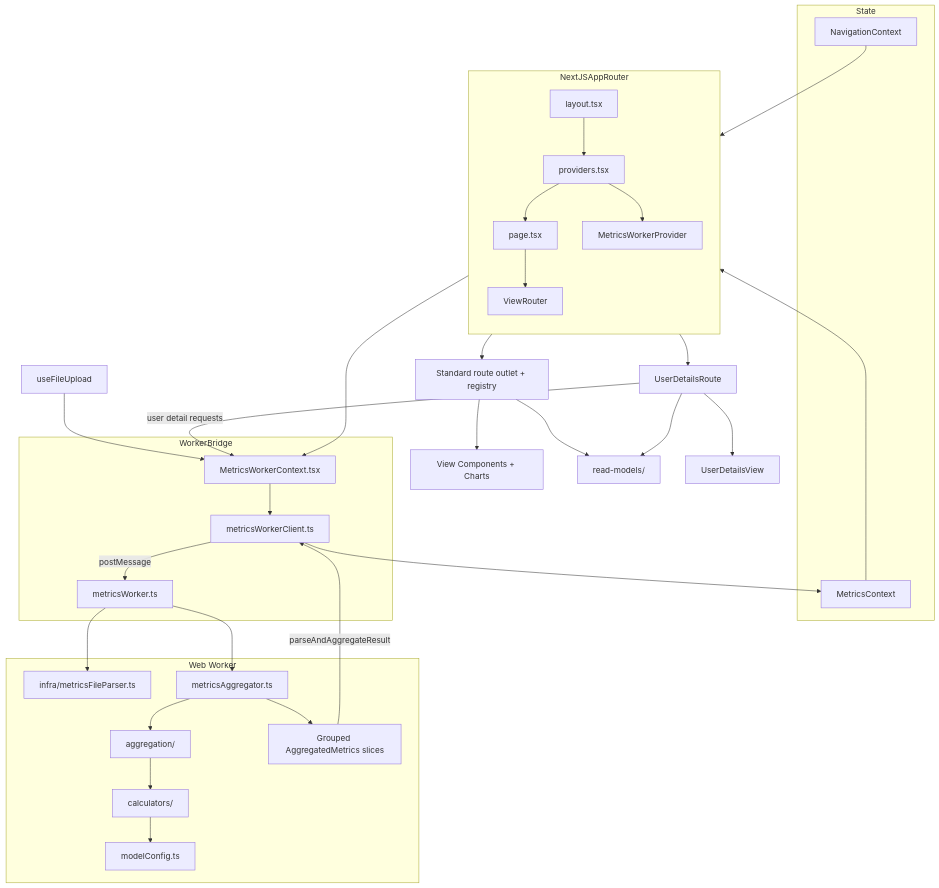
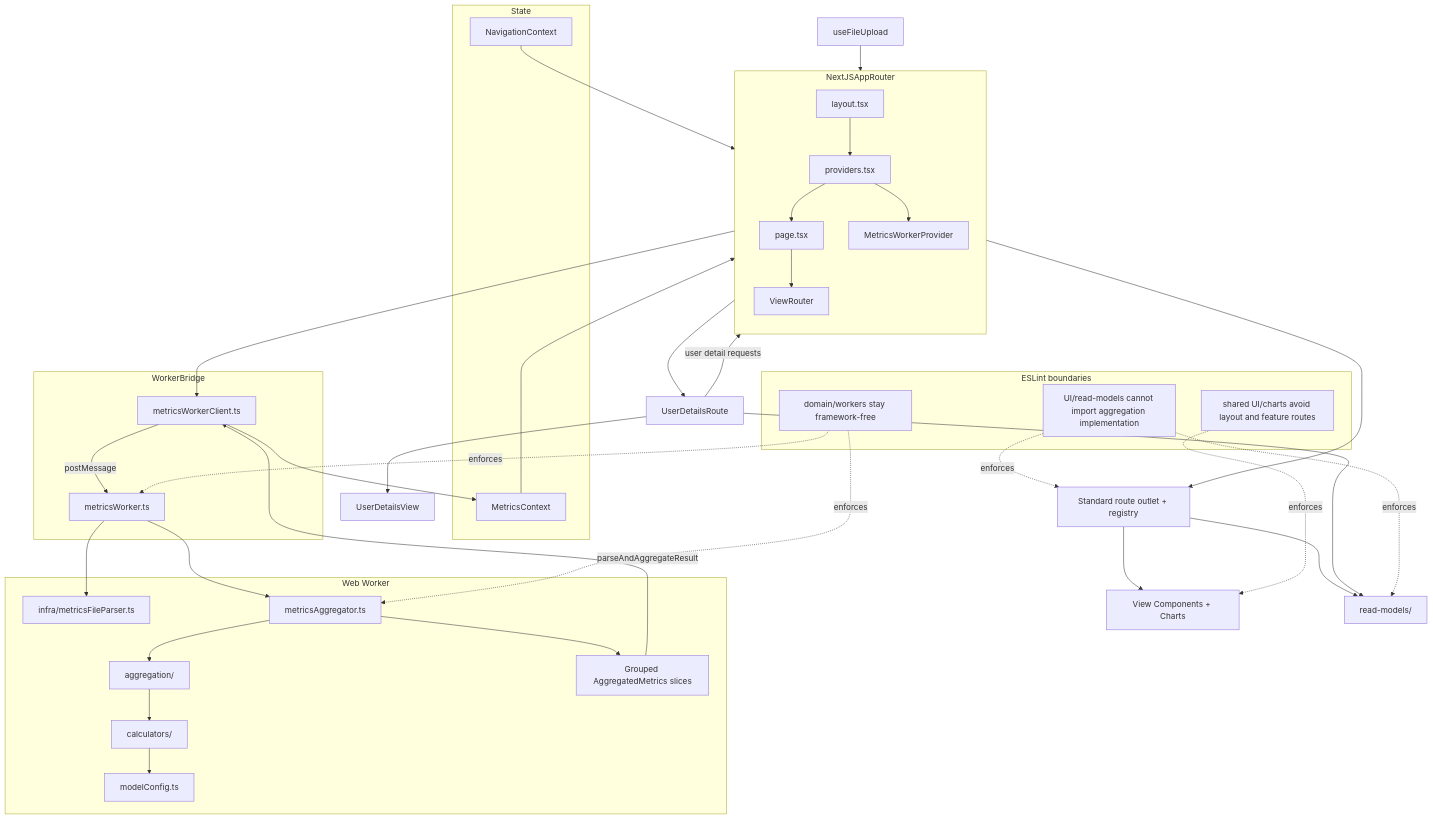
The second of 2 diagrams in docs/project-overview.md (asizikov-demos/copilot-user-level-statistics-viewer), drawn with Mermaid before and after one commit. The commit also changed other lines of this file and 15 other files, not shown here.

First line of the commit message:
chore: enforce final architecture boundaries

````diff
--- a/docs/project-overview.md
+++ b/docs/project-overview.md
@@ -147,54 +176,64 @@
 ```mermaid
 flowchart TB
 	subgraph NextJSAppRouter
 		direction TB
 		L[layout.tsx] --> P[providers.tsx]
 		P --> H[page.tsx]
 		H --> VR[ViewRouter]
 		P --> MWP[MetricsWorkerProvider]
 	end
 
 	subgraph State
 		MC[MetricsContext]
 		NC[NavigationContext]
+		MWP[MetricsWorkerProvider]
 	end
 
 	subgraph WebWorker[Web Worker]
 		MFP[infra/metricsFileParser.ts]
 		MA[metricsAggregator.ts]
 		AGG[aggregation/]
 		CALC[calculators/]
 		MConf[modelConfig.ts]
 		GAM[Grouped AggregatedMetrics slices]
 	end
 
 	subgraph WorkerBridge
-		MWC[MetricsWorkerContext.tsx]
 		WC[metricsWorkerClient.ts]
 		WT[metricsWorker.ts]
+	end
+
+	subgraph Boundaries[ESLint boundaries]
+		BR1[UI/read-models cannot import aggregation implementation]
+		BR2[domain/workers stay framework-free]
+		BR3[shared UI/charts avoid layout and feature routes]
 	end
 
 	VR --> SR[Standard route outlet + registry]
 	SR --> Views[View Components + Charts]
 	SR --> RM[read-models/]
 	VR --> UD[UserDetailsRoute]
 	UD --> UDV[UserDetailsView]
 	UD --> RM
 
-	MWP --> MWC
-	MWC --> WC
-	UFU[useFileUpload] --> MWC
-	UD -->|user detail requests| MWC
+	MWP --> WC
+	UFU[useFileUpload] --> MWP
+	UD -->|user detail requests| MWP
 	WC -->|postMessage| WT
 	WT --> MFP
 	WT --> MA
 	MA --> AGG
 	MA --> GAM
 	AGG --> CALC
 	CALC --> MConf
 	GAM -->|parseAndAggregateResult| WC
 	WC --> MC
 
 	MC --> VR
 	NC --> VR
+	BR1 -.enforces.-> SR
+	BR1 -.enforces.-> RM
+	BR2 -.enforces.-> WT
+	BR2 -.enforces.-> MA
+	BR3 -.enforces.-> Views
 ```
````
